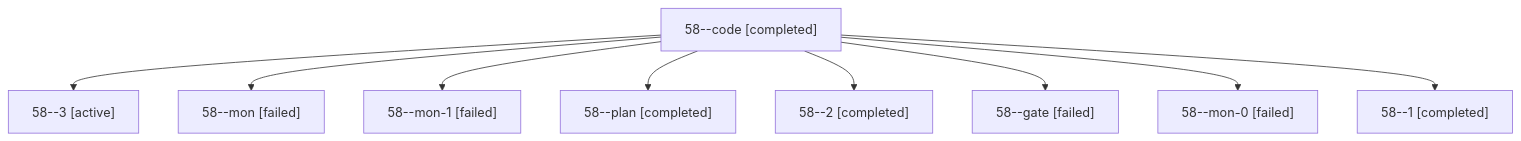
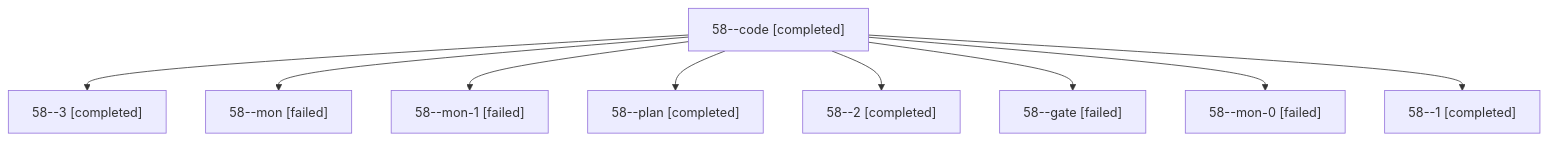
Before and after one commit to sase-org/sase--agents: the diagram in sessions/bbugyi200.apollo.58.md, drawn with Mermaid. The commit also changed other lines of this file and 21 other files, not shown here.

````diff
--- a/sessions/bbugyi200.apollo.58.md
+++ b/sessions/bbugyi200.apollo.58.md
@@ -9,20 +9,20 @@
 ```mermaid
 flowchart TD
   n0["58--code [completed]"]
-  n1["58--3 [active]"]
+  n1["58--3 [completed]"]
   n0 --> n1
   n2["58--mon [failed]"]
   n0 --> n2
   n3["58--mon-1 [failed]"]
   n0 --> n3
   n4["58--plan [completed]"]
   n0 --> n4
   n5["58--2 [completed]"]
   n0 --> n5
   n6["58--gate [failed]"]
   n0 --> n6
   n7["58--mon-0 [failed]"]
   n0 --> n7
   n8["58--1 [completed]"]
   n0 --> n8
 ```
````
